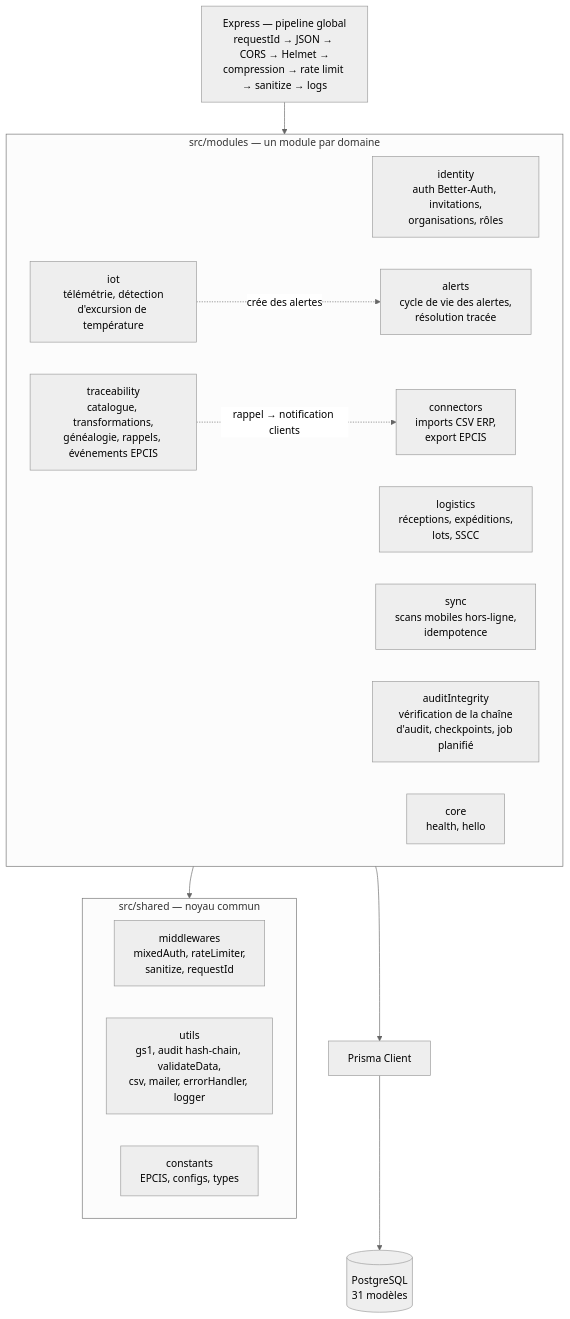
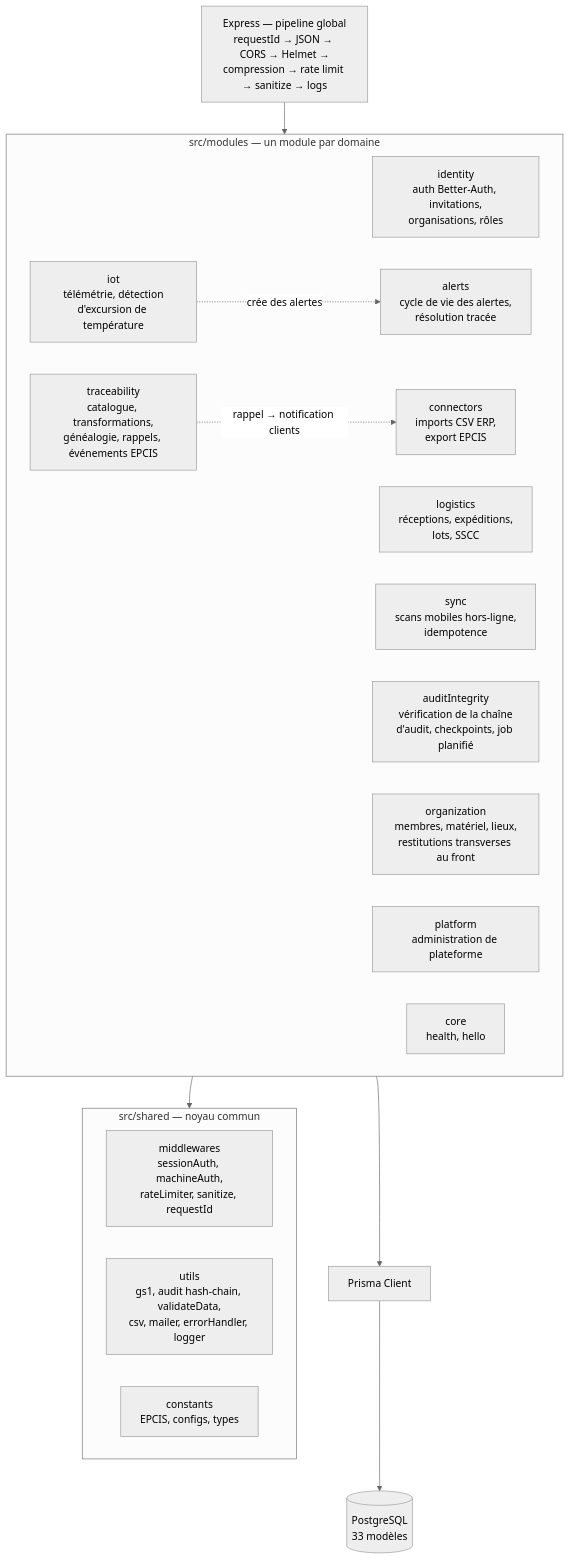
One commit to PaulDelamare/Nutrichain-Api changed the second of 5 diagrams in docs/19_architecture.md. Above: the diagram before and after it, drawn with Mermaid (neutral theme). The commit also changed other lines of this file and 8 other files, not shown here.

````diff
--- a/docs/19_architecture.md
+++ b/docs/19_architecture.md
@@ -55,33 +61,35 @@
 ```mermaid
 flowchart TB
     HTTP["Express — pipeline global<br/>requestId → JSON → CORS → Helmet →<br/>compression → rate limit → sanitize → logs"]
 
     subgraph Modules["src/modules — un module par domaine"]
         IDENTITY["identity<br/>auth Better-Auth, invitations,<br/>organisations, rôles"]
         TRACE["traceability<br/>catalogue, transformations,<br/>généalogie, rappels, événements EPCIS"]
         LOGI["logistics<br/>réceptions, expéditions,<br/>lots, SSCC"]
         IOTM["iot<br/>télémétrie, détection<br/>d'excursion de température"]
         ALERTS["alerts<br/>cycle de vie des alertes,<br/>résolution tracée"]
         SYNC["sync<br/>scans mobiles hors-ligne,<br/>idempotence"]
         CONN["connectors<br/>imports CSV ERP,<br/>export EPCIS"]
         AUDIT["auditIntegrity<br/>vérification de la chaîne<br/>d'audit, checkpoints, job planifié"]
+        ORG["organization<br/>membres, matériel, lieux,<br/>restitutions transverses au front"]
+        PLAT["platform<br/>administration de plateforme"]
         CORE["core<br/>health, hello"]
     end
 
     subgraph Shared["src/shared — noyau commun"]
-        MW["middlewares<br/>mixedAuth, rateLimiter,<br/>sanitize, requestId"]
+        MW["middlewares<br/>sessionAuth, machineAuth,<br/>rateLimiter, sanitize, requestId"]
         UTILS["utils<br/>gs1, audit hash-chain, validateData,<br/>csv, mailer, errorHandler, logger"]
         CONSTS["constants<br/>EPCIS, configs, types"]
     end
 
     PRISMA["Prisma Client"]
-    DB[("PostgreSQL<br/>31 modèles")]
+    DB[("PostgreSQL<br/>33 modèles")]
 
     HTTP --> Modules
     Modules --> Shared
     Modules --> PRISMA
     PRISMA --> DB
 
     IOTM -.->|"crée des alertes"| ALERTS
     TRACE -.->|"rappel → notification clients"| CONN
 ```
````
